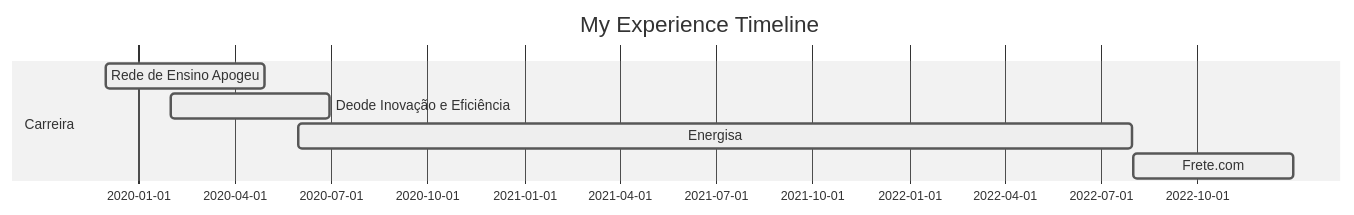
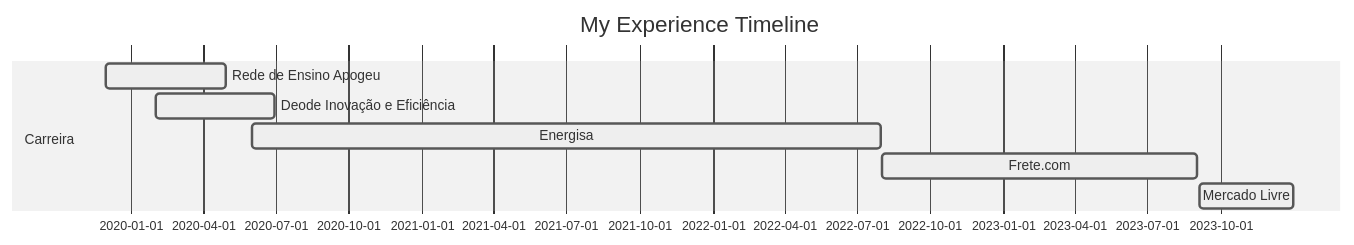
The diagram in README.md (leticiagcsilva/leticiagcsilva), drawn with Mermaid (neutral theme) before and after one commit.

````diff
--- a/README.md
+++ b/README.md
@@ -5,13 +5,14 @@
 ```mermaid
 
 gantt
 dateFormat  YYYY-MM-DD
 title My Experience Timeline
 
 section Carreira
 Rede de Ensino Apogeu           :active,, 2019-12-01,2020-04-30
 Deode Inovação e Eficiência         :active,, 2020-02-01,2020-06-30
 Energisa       :active,, 2020-06-01,2022-07-31
-Frete.com         :active,, 2022-08-01,2022-12-31
+Frete.com         :active,, 2022-08-01,2023-09-01
+Mercado Livre    :active,, 2023-09-04, 2023-12-31
 
 ```
````
